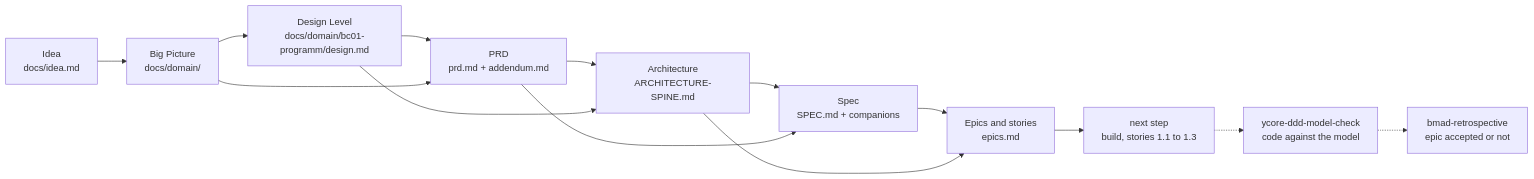
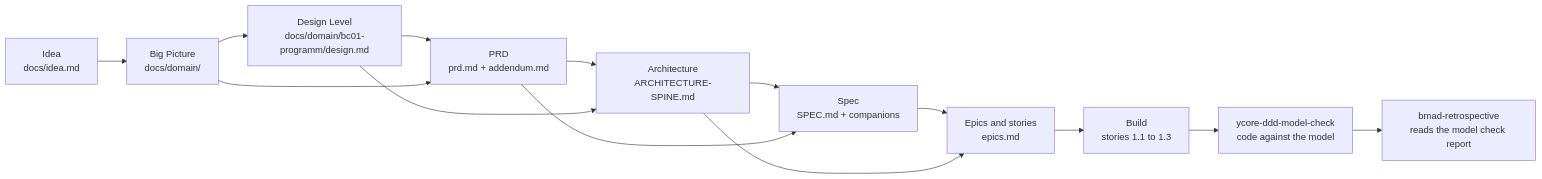
The diagram in docs/diagrams/example-trial-run.mmd (y-core-engineering/bmad-ddd-module), drawn with Mermaid before and after one commit. The commit also changed 2 other files, not shown here.

Commit message:
docs(readme): the trial run reached the model check and the retrospective
In the first trial run of the working example the build, the model
check and the bound retrospective have now run. The diagram draws them
solid and the README describes what ran.

AI-Step: Trial run completed in README
Tokens-Input: 54
Tokens-Cache-Write: 18991
Tokens-Cache-Write-1h: 18991
Tokens-Cache-Read: 2997567
Tokens-Output: 11479
AI-Requests: 27
AI-Model: claude-opus-5-5
AI-Tool-Calls: 21
AI-Tools: Bash=16, mcp__kanban__create_card=2, AskUserQuestion=1, mcp__kanban__move_card=1, mcp__kanban__list_cards=1

```diff
--- a/docs/diagrams/example-trial-run.mmd
+++ b/docs/diagrams/example-trial-run.mmd
@@ -1,14 +1,14 @@
 flowchart LR
   idea["Idea<br/>docs/idea.md"] --> bp["Big Picture<br/>docs/domain/"]
   bp --> dl["Design Level<br/>docs/domain/bc01-programm/design.md"]
   dl --> prd["PRD<br/>prd.md + addendum.md"]
   bp --> prd
   prd --> spine["Architecture<br/>ARCHITECTURE-SPINE.md"]
   dl --> spine
   spine --> spec["Spec<br/>SPEC.md + companions"]
   prd --> spec
   spec --> epics["Epics and stories<br/>epics.md"]
   spine --> epics
-  epics --> next["next step<br/>build, stories 1.1 to 1.3"]
-  next -.-> mc["ycore-ddd-model-check<br/>code against the model"]
-  mc -.-> retro["bmad-retrospective<br/>epic accepted or not"]
+  epics --> build["Build<br/>stories 1.1 to 1.3"]
+  build --> mc["ycore-ddd-model-check<br/>code against the model"]
+  mc --> retro["bmad-retrospective<br/>reads the model check report"]
```
